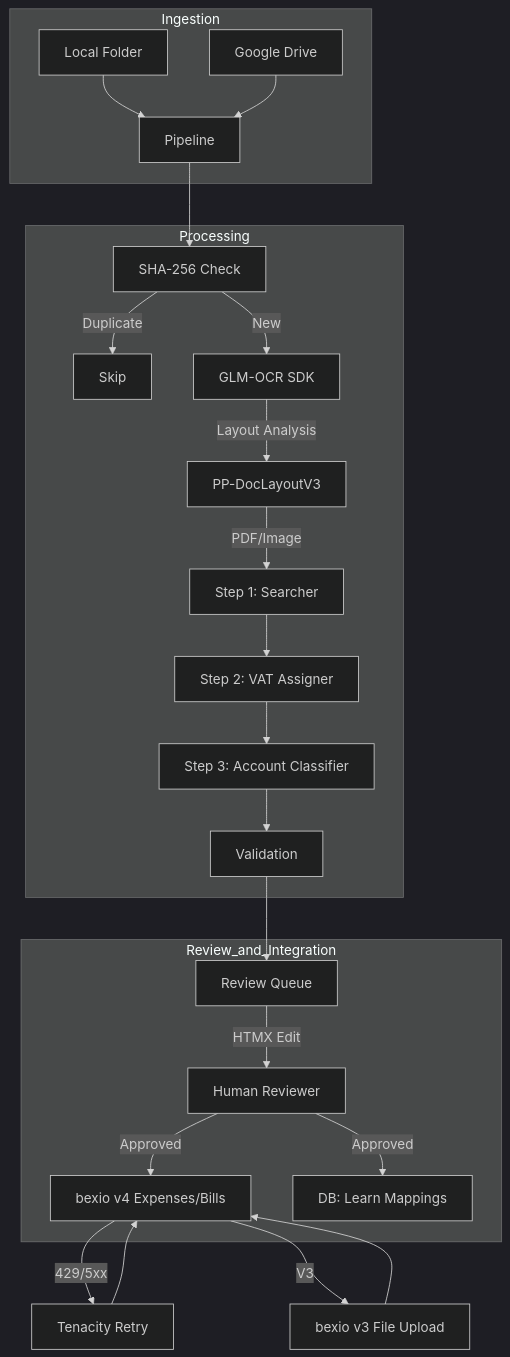
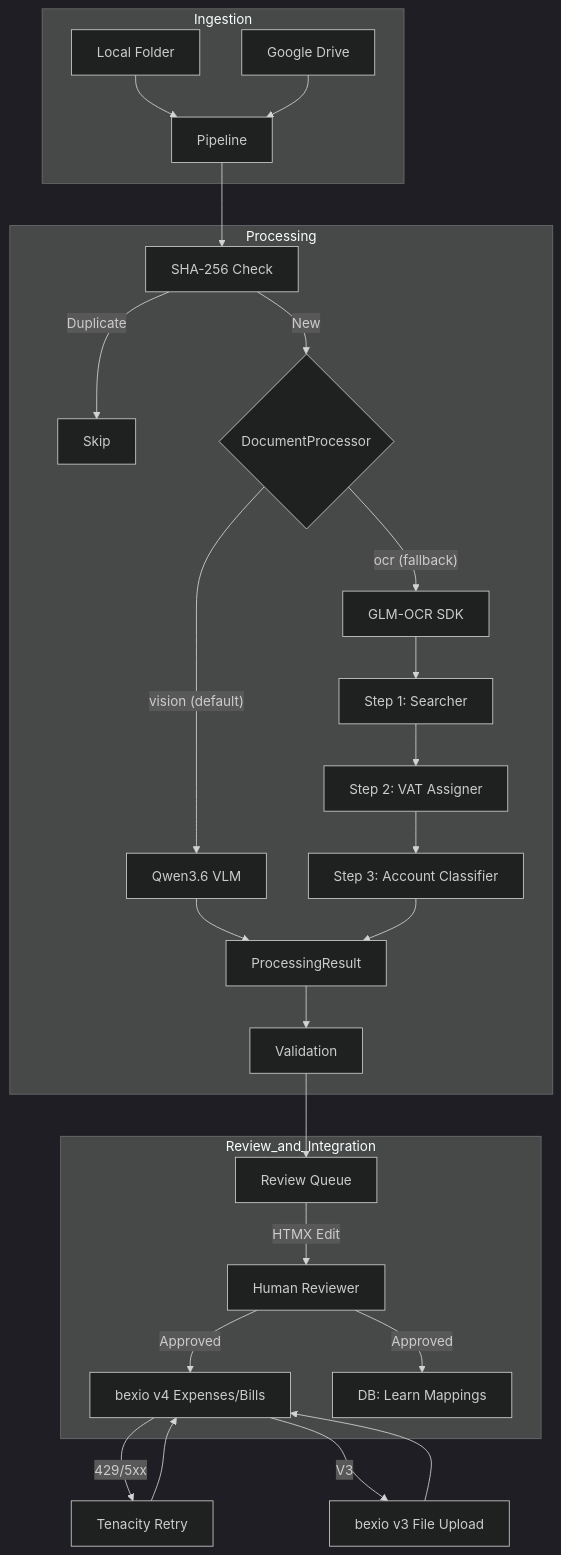
Before and after one commit to tazztone/bexio-receipts: the diagram in docs/ARCHITECTURE.md, drawn with Mermaid (dark theme). The commit also changed other lines of this file and 17 other files, not shown here.

Commit message:
feat: optimize vision pipeline for local Qwen3.5-9B-AWQ and address review findings

````diff
--- a/docs/ARCHITECTURE.md
+++ b/docs/ARCHITECTURE.md
@@ -11,30 +11,33 @@
 ```mermaid
 graph TD
     subgraph Ingestion
         WatchedDir[Local Folder] --> P[Pipeline]
         GDrive[Google Drive] --> P
     end
 
     subgraph Processing
         P --> DB_Hash[SHA-256 Check]
         DB_Hash -- Duplicate --> Skip[Skip]
-        DB_Hash -- New --> OCR_SDK[GLM-OCR SDK]
-        OCR_SDK -- Layout Analysis --> PP_DocLayout[PP-DocLayoutV3]
-        PP_DocLayout -- PDF/Image --> LLM_S1[Step 1: Searcher]
+        DB_Hash -- New --> DP{DocumentProcessor}
+        DP -- "vision (default)" --> VLM[Qwen3.6 VLM]
+        DP -- "ocr (fallback)" --> OCR_SDK[GLM-OCR SDK]
+        VLM --> PR[ProcessingResult]
+        OCR_SDK --> LLM_S1[Step 1: Searcher]
         LLM_S1 --> LLM_S2[Step 2: VAT Assigner]
         LLM_S2 --> LLM_S3[Step 3: Account Classifier]
-        LLM_S3 --> VAL[Validation]
+        LLM_S3 --> PR
+        PR --> VAL[Validation]
     end
 
     subgraph Review_and_Integration
         VAL --> Review[Review Queue]
         Review -- HTMX Edit --> Human[Human Reviewer]
         Human -- Approved --> BEX_V4[bexio v4 Expenses/Bills]
         Human -- Approved --> DB_Learn[DB: Learn Mappings]
     end
 
     BEX_V4 -- 429/5xx --> Retry[Tenacity Retry]
     Retry --> BEX_V4
     BEX_V4 -- V3 --> Upload[bexio v3 File Upload]
     Upload --> BEX_V4
 ```
````
